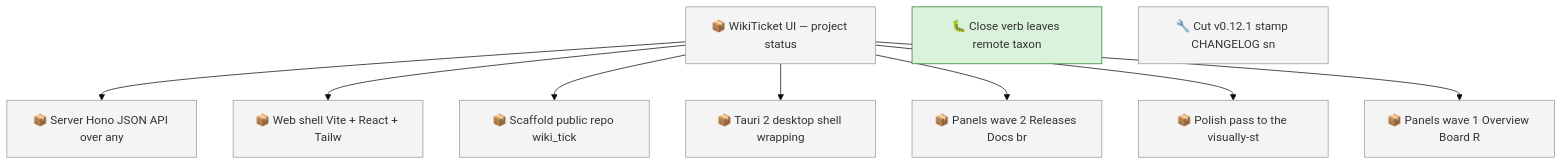
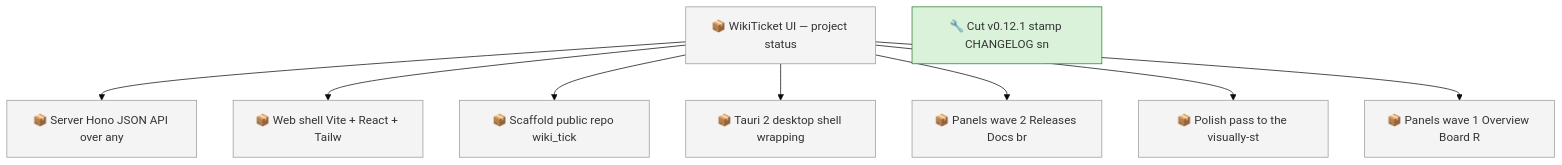
The first of 2 diagrams in docs/roadmap.md (SpillwaveSolutions/wiki_ticket_sdd), drawn with Mermaid (base theme) before and after one commit. The commit also changed other lines of this file and 1 other file, not shown here.

First line of the commit message:
chore: close close-label-drift item (PR #77 merged)

````diff
--- a/docs/roadmap.md
+++ b/docs/roadmap.md
@@ -64,24 +57,23 @@
 ```mermaid
 graph TD
     01KY111BC71KJGNH55CB2DWMKN["📦 Server Hono JSON API over any"]
     01KY111BC7B70C7M2RF1E57G17["📦 Web shell Vite + React + Tailw"]
     01KY111BC7NJ4BE7JBDK2P6Y56["📦 Scaffold public repo wiki_tick"]
     01KY111BC7PABV8W6SDNVQACSN["📦 WikiTicket UI — project status"]
     01KY111BC842N3J7Y7H85NHSEG["📦 Tauri 2 desktop shell wrapping"]
     01KY111BC88FS6QD49JADZ9CJ5["📦 Panels wave 2 Releases Docs br"]
     01KY111BC8F9BH0T3TERYEFC3C["📦 Polish pass to the visually-st"]
     01KY111BC8QJAS9KH7N368N6RF["📦 Panels wave 1 Overview Board R"]
-    01KY129SGV3DEX5NVAP34VV9G2["🐛 Close verb leaves remote taxon"]
     01KY2J9WN6WN6A8TVMR1TNS6ZX["🔧 Cut v0.12.1 stamp CHANGELOG sn"]
     01KY111BC7PABV8W6SDNVQACSN --> 01KY111BC71KJGNH55CB2DWMKN
     01KY111BC7PABV8W6SDNVQACSN --> 01KY111BC7B70C7M2RF1E57G17
     01KY111BC7PABV8W6SDNVQACSN --> 01KY111BC7NJ4BE7JBDK2P6Y56
     01KY111BC7PABV8W6SDNVQACSN --> 01KY111BC842N3J7Y7H85NHSEG
     01KY111BC7PABV8W6SDNVQACSN --> 01KY111BC88FS6QD49JADZ9CJ5
     01KY111BC7PABV8W6SDNVQACSN --> 01KY111BC8F9BH0T3TERYEFC3C
     01KY111BC7PABV8W6SDNVQACSN --> 01KY111BC8QJAS9KH7N368N6RF
     classDef todo fill:#f4f4f4,stroke:#999999
-    class 01KY111BC71KJGNH55CB2DWMKN,01KY111BC7B70C7M2RF1E57G17,01KY111BC7NJ4BE7JBDK2P6Y56,01KY111BC7PABV8W6SDNVQACSN,01KY111BC842N3J7Y7H85NHSEG,01KY111BC88FS6QD49JADZ9CJ5,01KY111BC8F9BH0T3TERYEFC3C,01KY111BC8QJAS9KH7N368N6RF,01KY2J9WN6WN6A8TVMR1TNS6ZX todo
+    class 01KY111BC71KJGNH55CB2DWMKN,01KY111BC7B70C7M2RF1E57G17,01KY111BC7NJ4BE7JBDK2P6Y56,01KY111BC7PABV8W6SDNVQACSN,01KY111BC842N3J7Y7H85NHSEG,01KY111BC88FS6QD49JADZ9CJ5,01KY111BC8F9BH0T3TERYEFC3C,01KY111BC8QJAS9KH7N368N6RF todo
     classDef in_progress fill:#d9f2d9,stroke:#2e7d32
-    class 01KY129SGV3DEX5NVAP34VV9G2 in_progress
+    class 01KY2J9WN6WN6A8TVMR1TNS6ZX in_progress
 ```
````
